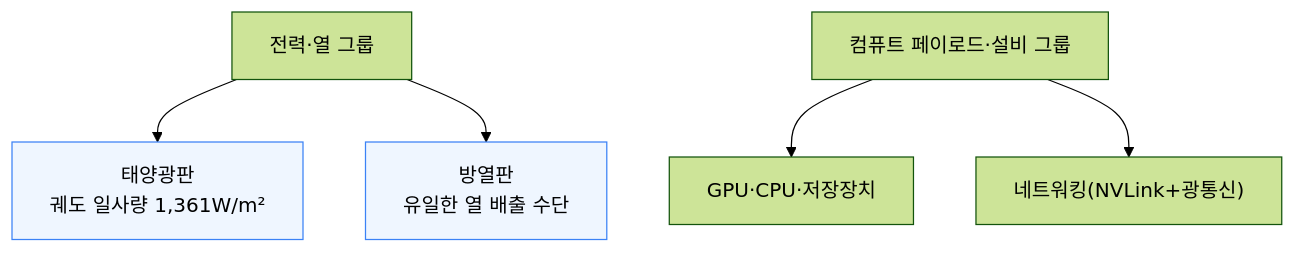
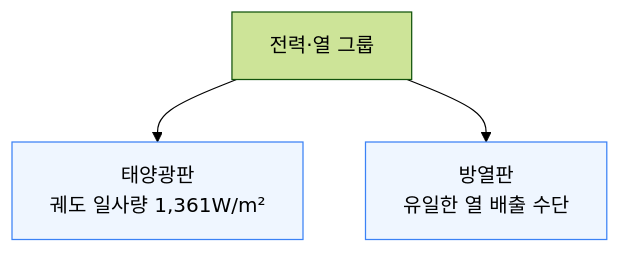
Diagram 23 of 32 in content/newsletter/ai_infra/business/[260603] 우주로 담대하게 - 우주 데이터센터의 경제성.md (yohan4477/semi-report), drawn with Mermaid (forest theme) before and after one commit. The commit also changed other lines of this file, not shown here.

````diff
--- a/content/newsletter/ai_infra/business/[260603] 우주로 담대하게 - 우주 데이터센터의 경제성.md
+++ b/content/newsletter/ai_infra/business/[260603] 우주로 담대하게 - 우주 데이터센터의 경제성.md
@@ -415,11 +432,8 @@
 ```mermaid
 flowchart TD
     PowerThermal["전력·열 그룹"] --> Solar["태양광판<br/>궤도 일사량 1,361W/m²"]
     PowerThermal --> Radiator["방열판<br/>유일한 열 배출 수단"]
 
-    Payload["컴퓨트 페이로드·설비 그룹"] --> GPU["GPU·CPU·저장장치"]
-    Payload --> Network["네트워킹(NVLink+광통신)"]
-
     style Solar fill:#eff6ff,stroke:#3b82f6
     style Radiator fill:#eff6ff,stroke:#3b82f6
 ```
````
